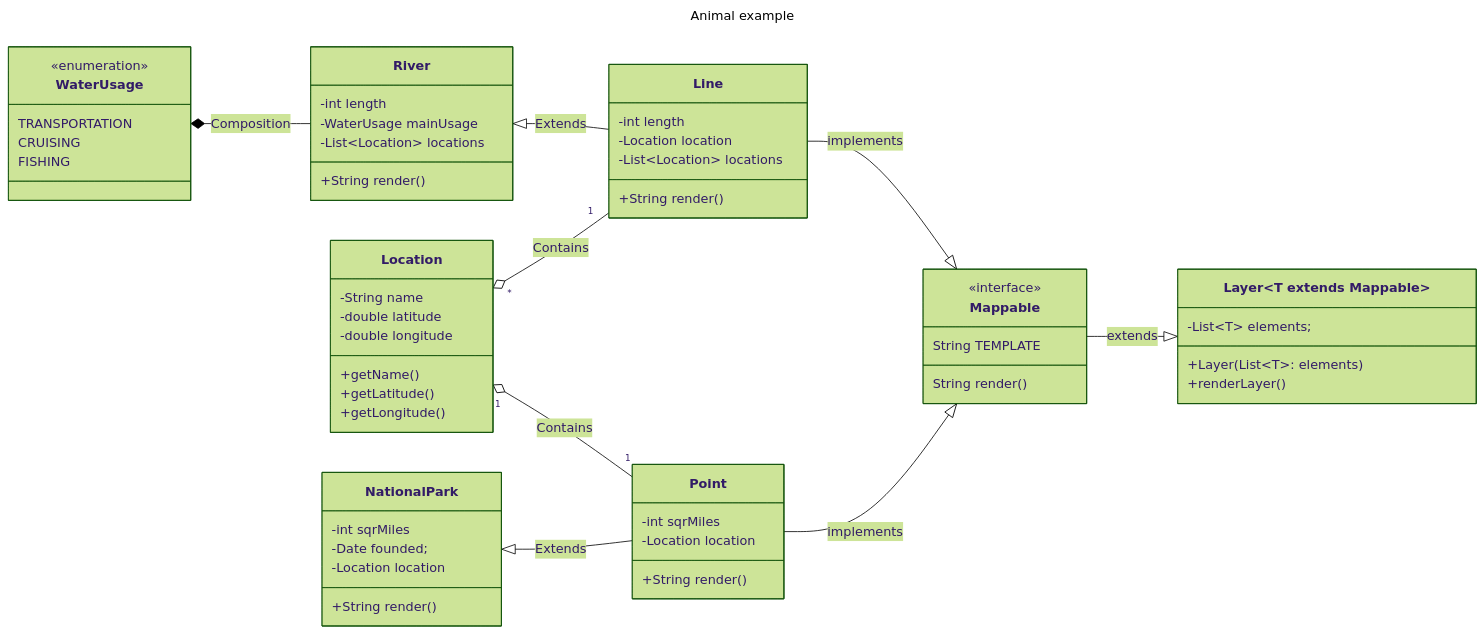
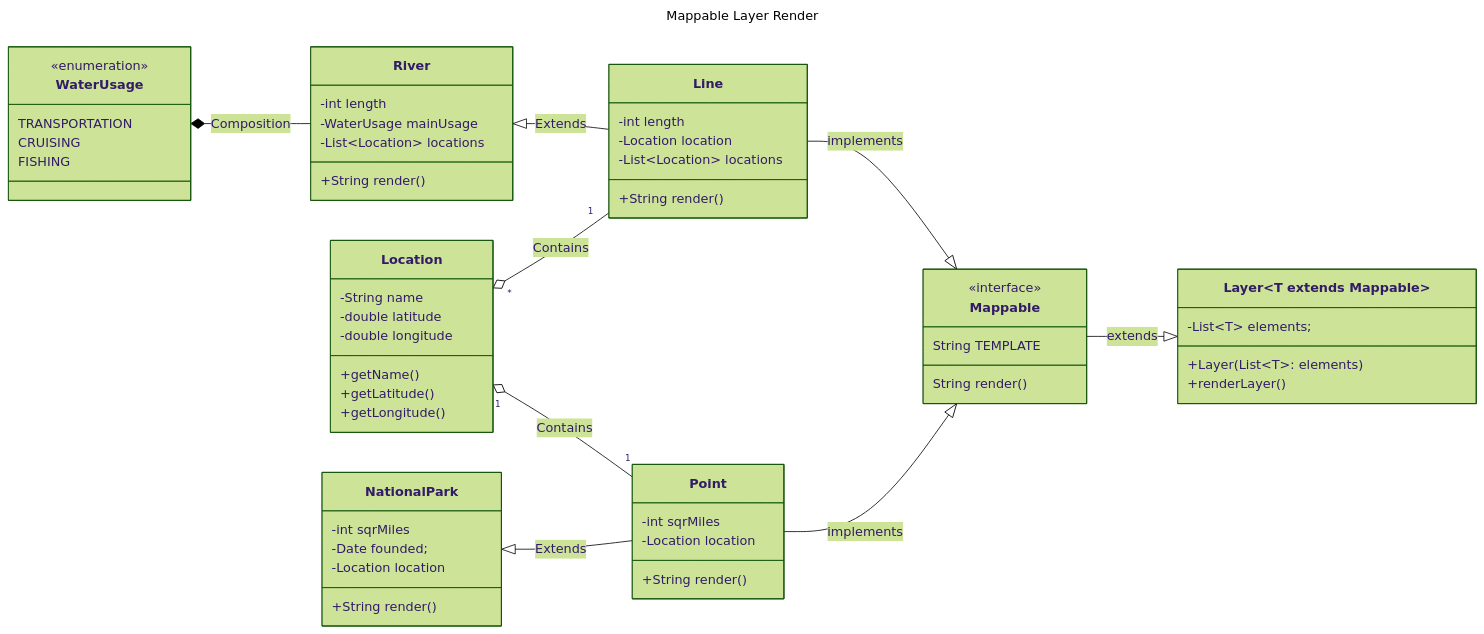
The diagram in README.md (kedicode/GenericClassJava), drawn with Mermaid (forest theme) before and after one commit. The commit also changed other lines of this file, not shown here.

````diff
--- a/README.md
+++ b/README.md
@@ -3,68 +4,68 @@
 ```mermaid
 ---
-title: Animal example
+title: Mappable Layer Render
 ---
 classDiagram
     direction RL
     class Layer~T extends Mappable~{
     -List~T~ elements;
     +Layer(List~T~: elements)
     +renderLayer()
     }
     Layer <|-- Mappable : extends
     class Mappable {
     <<interface>>
     String TEMPLATE
     String render()
     }
     class Line {
         -int length
         -Location location
         -List~Location~ locations
         +String render()
     }
     
     class River{
         -int length
         -WaterUsage mainUsage
         -List~Location~ locations
         +String render()
     }
     River --* WaterUsage :Composition
     Line --|> River :Extends
     Mappable <|-- Line: implements
     Line "1"--o"*" Location: Contains
     
     class Point {
         -int sqrMiles
         -Location location
         +String render()
     }
     
     class NationalPark {
         -int sqrMiles
         -Date founded;
         -Location location
         +String render()
     }
     Point --|> NationalPark:Extends
     
     Mappable <| -- Point :implements
     Point "1"--o"1"Location : Contains
     
     class Location{
         -String name
         -double latitude
         -double longitude
         +getName()
         +getLatitude()
         +getLongitude()
     }
     
     class WaterUsage{
         <<enumeration>>
         TRANSPORTATION
         CRUISING
         FISHING
     }
 ```
````
